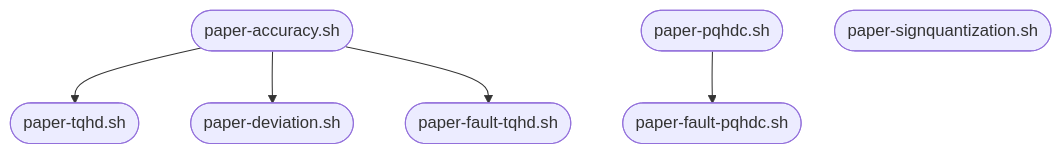
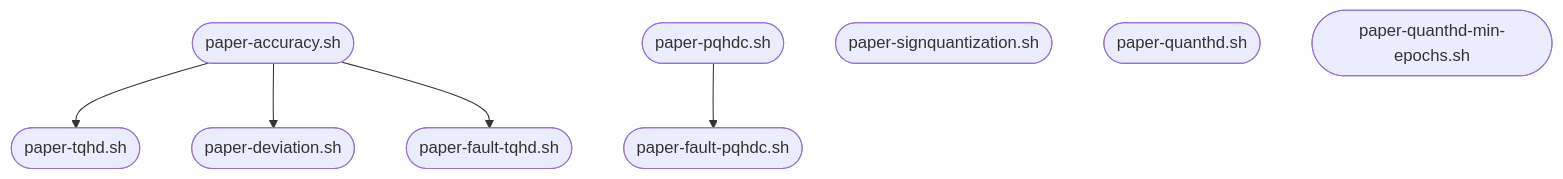
Before and after one commit to cravieira/tqhd: the diagram in README.md, drawn with Mermaid. The commit also changed other lines of this file, not shown here.

````diff
--- a/README.md
+++ b/README.md
@@ -118,15 +122,17 @@
 ```mermaid
 flowchart TD
     paper-accuracy(["paper-accuracy.sh"])
     paper-deviation(["paper-deviation.sh"])
     paper-tqhd(["paper-tqhd.sh"])
     paper-pqhdc(["paper-pqhdc.sh"])
     paper-fault-pqhdc(["paper-fault-pqhdc.sh"])
     paper-fault-tqhd(["paper-fault-tqhd.sh"])
 		paper-signquantization(["paper-signquantization.sh"])
+		paper-quanthd(["paper-quanthd.sh"])
+		paper-quanthd-min-epochs(["paper-quanthd-min-epochs.sh"])
 
     paper-accuracy --> paper-tqhd
     paper-accuracy --> paper-deviation
     paper-accuracy --> paper-fault-tqhd
     paper-pqhdc --> paper-fault-pqhdc
 ```
````
